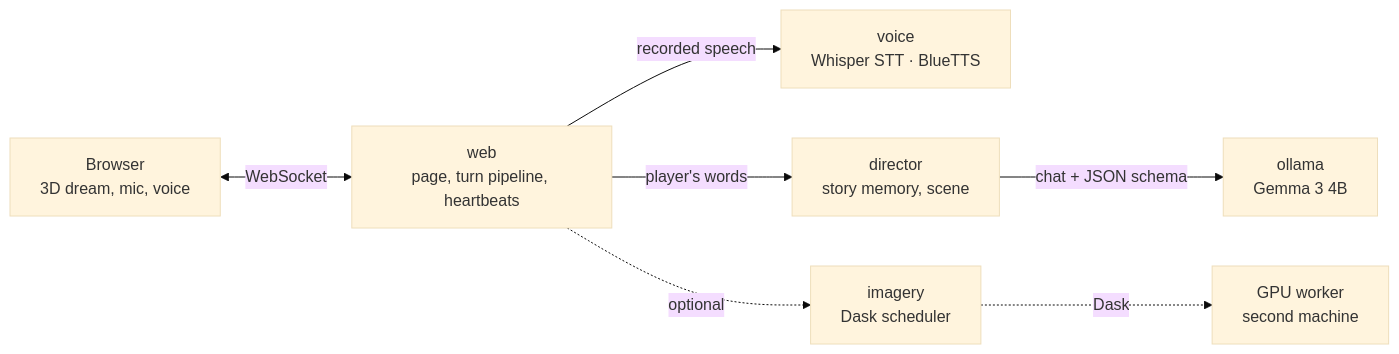
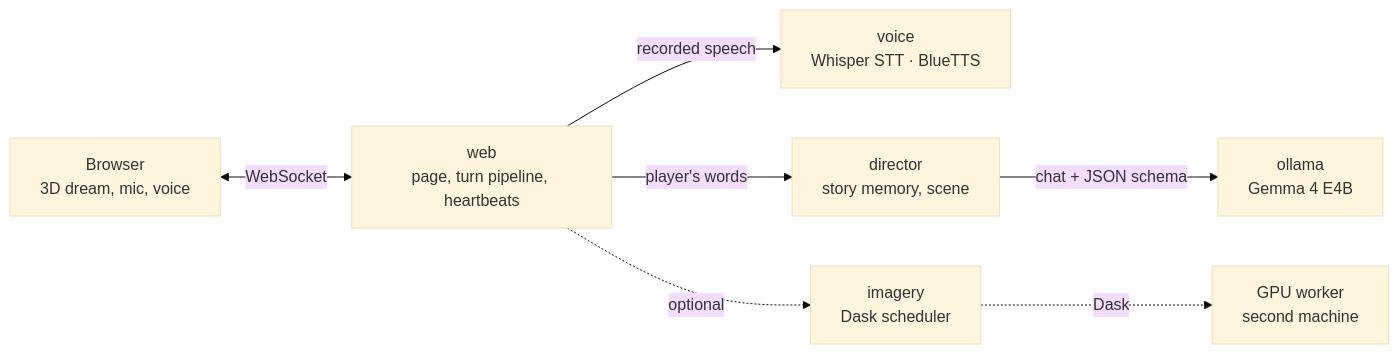
Before and after one commit to efidvir/DreamScape: the diagram in README.md, drawn with Mermaid (base theme). The commit also changed other lines of this file and 31 other files, not shown here.

````diff
--- a/README.md
+++ b/README.md
@@ -9,9 +9,9 @@
 ```mermaid
 flowchart LR
   B["Browser<br/>3D dream, mic, voice"] <-- WebSocket --> W["web<br/>page, turn pipeline, heartbeats"]
   W -- "recorded speech" --> V["voice<br/>Whisper STT · BlueTTS"]
   W -- "player's words" --> D["director<br/>story memory, scene"]
-  D -- "chat + JSON schema" --> O["ollama<br/>Gemma 3 4B"]
+  D -- "chat + JSON schema" --> O["ollama<br/>Gemma 4 E4B"]
   W -. "optional" .-> I["imagery<br/>Dask scheduler"]
   I -. "Dask" .-> G["GPU worker<br/>second machine"]
 ```
````
